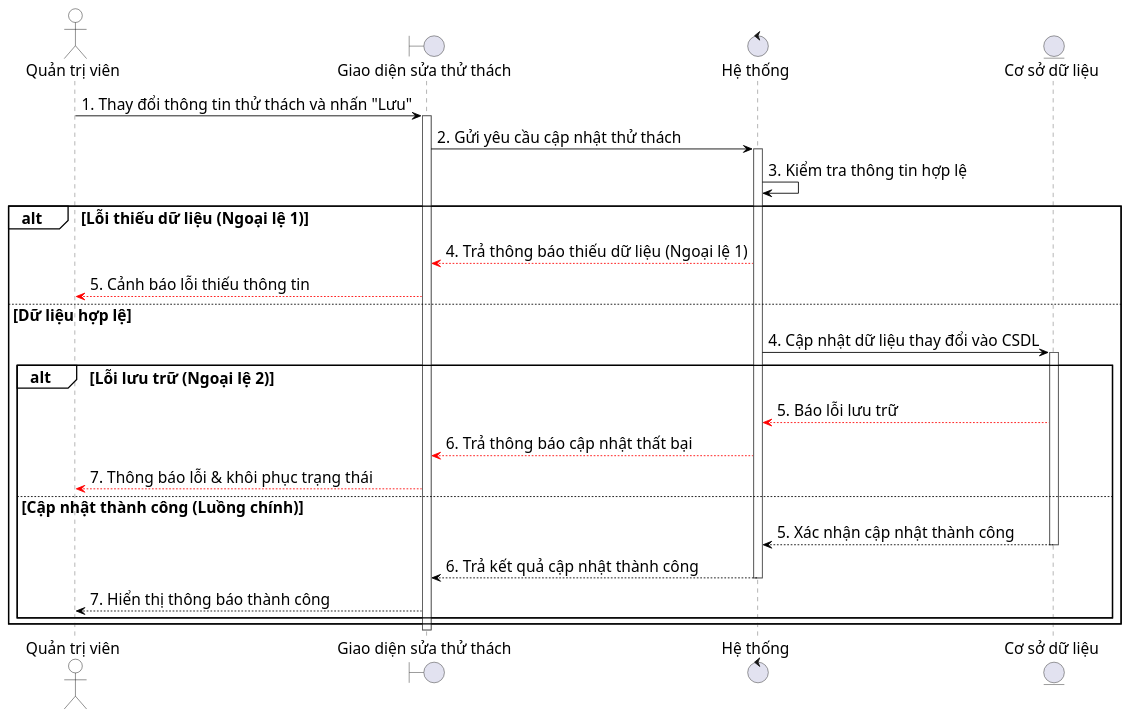
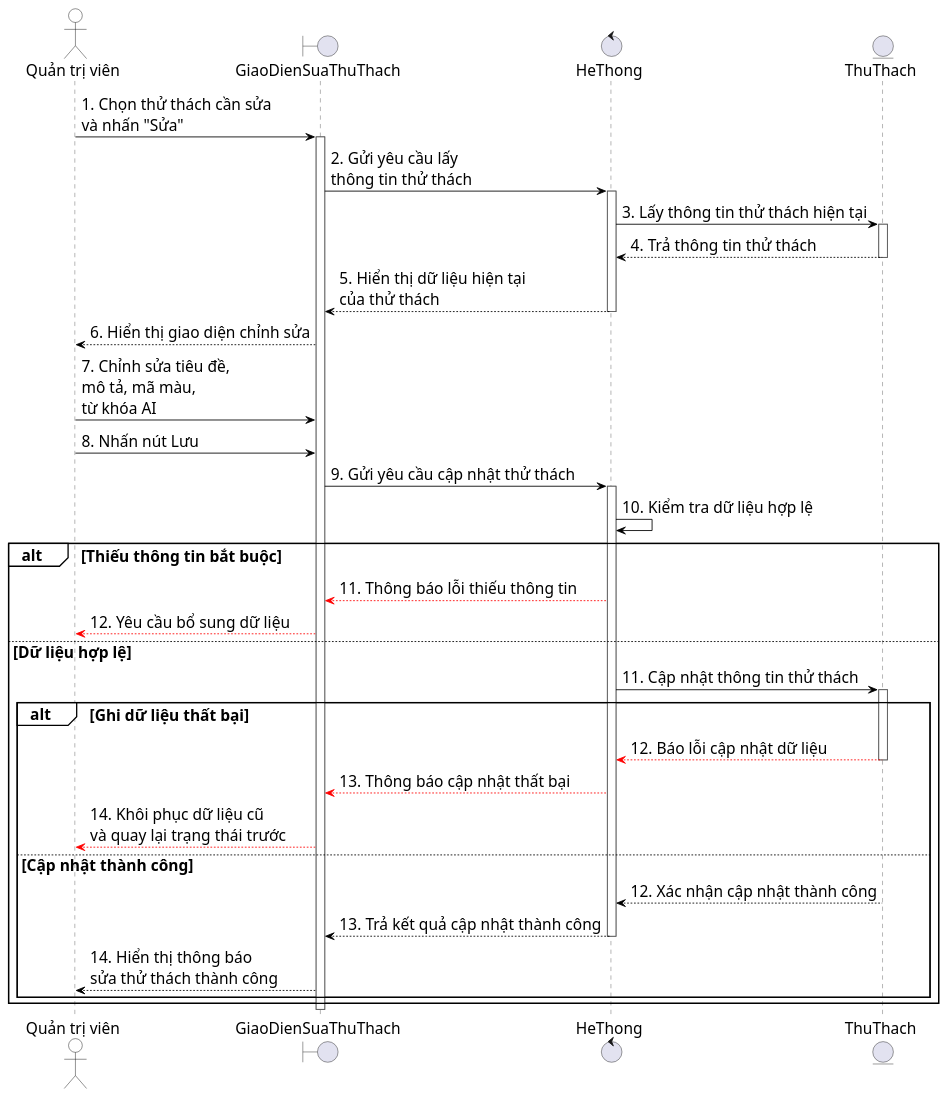
One commit to mitiie/KidX changed the diagram in docs/SD/sequence_diagram_edit_mission.puml. Above: the diagram before and after it, drawn with PlantUML. The commit also changed 22 other files, not shown here.

```diff
--- a/docs/SD/sequence_diagram_edit_mission.puml
+++ b/docs/SD/sequence_diagram_edit_mission.puml
@@ -1,56 +1,110 @@
 @startuml SD_SuaThuThach
+
 skinparam defaultFontName Arial
 skinparam defaultFontSize 18
 skinparam shadowing false
 
 skinparam sequence {
   ParticipantBorderColor Black
   ParticipantBackgroundColor White
   ActorBorderColor Black
   ActorBackgroundColor White
   LifeLineBorderColor #555555
   LifeLineBackgroundColor White
   ArrowColor Black
   GroupBorderColor Black
   GroupBackgroundColor White
   ActivationBorderColor Black
   ActivationBackgroundColor #EEEEEE
 }
 
 actor "Quản trị viên" as Admin
-boundary "Giao diện sửa thử thách" as UI
-control "Hệ thống" as Controller
-entity "Cơ sở dữ liệu" as CSDL
+boundary "GiaoDienSuaThuThach" as UI
+control "HeThong" as Controller
+entity "ThuThach" as ThuThach
 
-Admin -> UI : 1. Thay đổi thông tin thử thách và nhấn "Lưu"
+
+Admin -> UI : 1. Chọn thử thách cần sửa\nvà nhấn "Sửa"
 activate UI
 
-UI -> Controller : 2. Gửi yêu cầu cập nhật thử thách
+UI -> Controller : 2. Gửi yêu cầu lấy\nthông tin thử thách
 activate Controller
 
-Controller -> Controller : 3. Kiểm tra thông tin hợp lệ
 
-alt Lỗi thiếu dữ liệu (Ngoại lệ 1)
-  Controller --[#red]> UI : 4. Trả thông báo thiếu dữ liệu (Ngoại lệ 1)
-  UI --[#red]> Admin : 5. Cảnh báo lỗi thiếu thông tin
+Controller -> ThuThach : 3. Lấy thông tin thử thách hiện tại
+activate ThuThach
+
+ThuThach --> Controller : 4. Trả thông tin thử thách
+
+deactivate ThuThach
+
+
+Controller --> UI : 5. Hiển thị dữ liệu hiện tại\ncủa thử thách
+
+deactivate Controller
+
+
+UI --> Admin : 6. Hiển thị giao diện chỉnh sửa
+
+
+Admin -> UI : 7. Chỉnh sửa tiêu đề,\nmô tả, mã màu,\ntừ khóa AI
+
+Admin -> UI : 8. Nhấn nút Lưu
+
+
+UI -> Controller : 9. Gửi yêu cầu cập nhật thử thách
+activate Controller
+
+
+Controller -> Controller : 10. Kiểm tra dữ liệu hợp lệ
+
+
+alt Thiếu thông tin bắt buộc
+
+    Controller --[#red]> UI : 11. Thông báo lỗi thiếu thông tin
+
+    UI --[#red]> Admin : 12. Yêu cầu bổ sung dữ liệu
+
 
 else Dữ liệu hợp lệ
-  Controller -> CSDL : 4. Cập nhật dữ liệu thay đổi vào CSDL
-  activate CSDL
-  
-  alt Lỗi lưu trữ (Ngoại lệ 2)
-    CSDL --[#red]> Controller : 5. Báo lỗi lưu trữ
-    Controller --[#red]> UI : 6. Trả thông báo cập nhật thất bại
-    UI --[#red]> Admin : 7. Thông báo lỗi & khôi phục trạng thái
-    
-  else Cập nhật thành công (Luồng chính)
-    CSDL --> Controller : 5. Xác nhận cập nhật thành công
-    deactivate CSDL
-    Controller --> UI : 6. Trả kết quả cập nhật thành công
-    deactivate Controller
-    UI --> Admin : 7. Hiển thị thông báo thành công
-  end
+
+
+    Controller -> ThuThach : 11. Cập nhật thông tin thử thách
+    activate ThuThach
+
+
+    alt Ghi dữ liệu thất bại
+
+        ThuThach --[#red]> Controller : 12. Báo lỗi cập nhật dữ liệu
+
+        deactivate ThuThach
+
+
+        Controller --[#red]> UI : 13. Thông báo cập nhật thất bại
+
+        UI --[#red]> Admin : 14. Khôi phục dữ liệu cũ\nvà quay lại trạng thái trước
+
+
+    else Cập nhật thành công
+
+
+        ThuThach --> Controller : 12. Xác nhận cập nhật thành công
+
+        deactivate ThuThach
+
+
+        Controller --> UI : 13. Trả kết quả cập nhật thành công
+
+        deactivate Controller
+
+
+        UI --> Admin : 14. Hiển thị thông báo\nsửa thử thách thành công
+
+    end
+
 end
 
+
 deactivate UI
+
 @enduml
```
